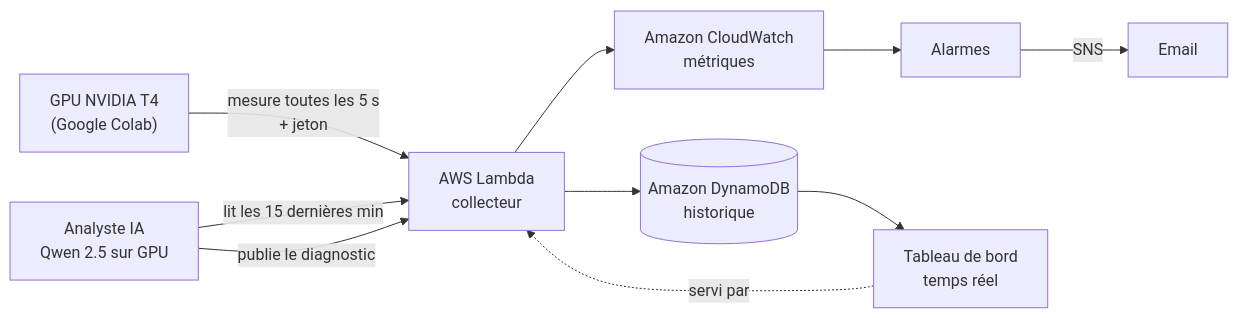
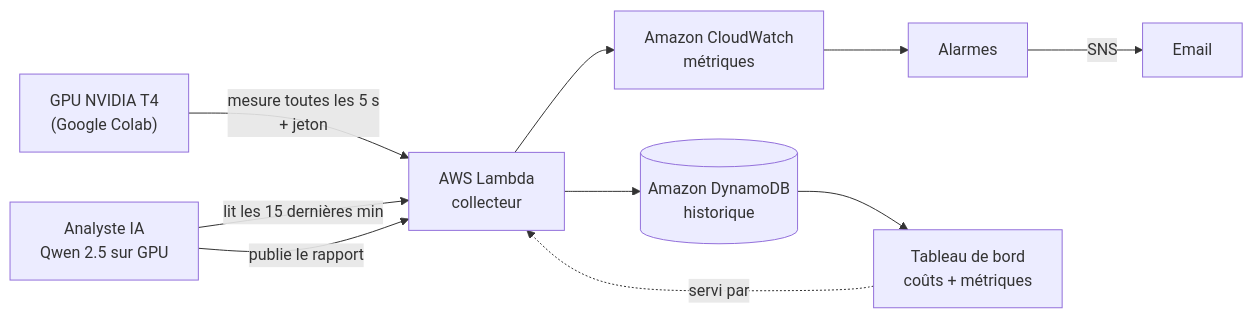
One commit to narimanekahli03/gpu-watch changed the diagram in README.md. Above: the diagram before and after it, drawn with Mermaid. The commit also changed other lines of this file and 3 other files, not shown here.

First line of the commit message:
feat: analyse des coûts et rapport FinOps par IA

````diff
--- a/README.md
+++ b/README.md
@@ -22,12 +25,12 @@
 ```mermaid
 flowchart LR
     A["GPU NVIDIA T4<br/>(Google Colab)"] -->|"mesure toutes les 5 s<br/>+ jeton"| B["AWS Lambda<br/>collecteur"]
     B --> C[("Amazon DynamoDB<br/>historique")]
     B --> D["Amazon CloudWatch<br/>métriques"]
     D --> E["Alarmes"]
     E -->|SNS| F["Email"]
-    C --> G["Tableau de bord<br/>temps réel"]
+    C --> G["Tableau de bord<br/>coûts + métriques"]
     H["Analyste IA<br/>Qwen 2.5 sur GPU"] -->|"lit les 15 dernières min"| B
-    H -->|"publie le diagnostic"| B
+    H -->|"publie le rapport"| B
     G -.servi par.-> B
 ```
````
